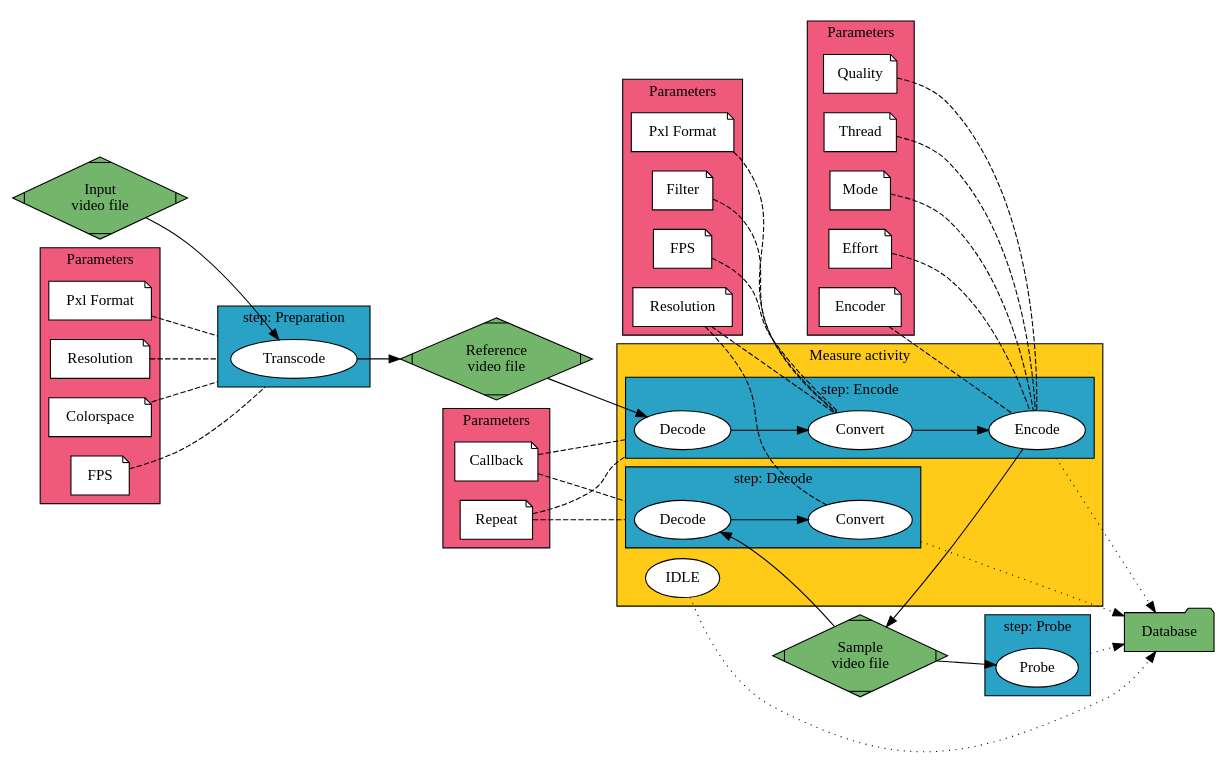
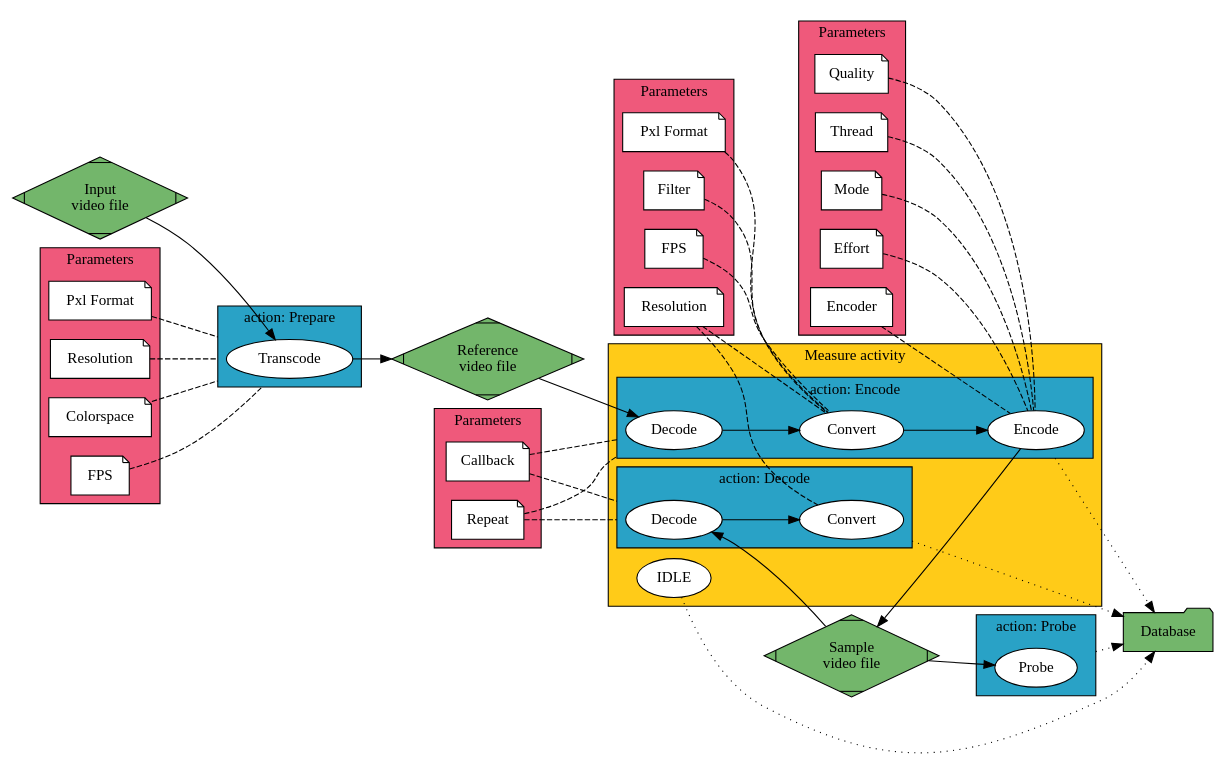
One commit to robinechuca/mendevi changed the diagram in docs/media/pipeline.dot. Above: the diagram before and after it, drawn with Graphviz. The commit also changed 7 other files, not shown here.

```diff
--- a/docs/media/pipeline.dot
+++ b/docs/media/pipeline.dot
@@ -1,117 +1,117 @@
 # dot -Tpdf pipeline.dot -o /tmp/pipeline.pdf && pdfcrop /tmp/pipeline.pdf pipeline.pdf
 # dot -Tsvg pipeline.dot > pipeline.svg
 digraph pipeline {
     rankdir=LR
     compound=true
 
     # data
     src [label="Input\nvideo file" shape=Mdiamond style=filled fillcolor="#73b66b"]
     ref [label="Reference\nvideo file" shape=Mdiamond style=filled fillcolor="#73b66b"]
     dst [label="Sample\nvideo file" shape=Mdiamond style=filled fillcolor="#73b66b"]
 
     # parameters
     p_colorspace [label="Colorspace" shape=note style=filled fillcolor=white]
     p_fps [label="FPS" shape=note style=filled fillcolor=white]
     p_pxl [label="Pxl Format" shape=note style=filled fillcolor=white]
     p_resol [label="Resolution" shape=note style=filled fillcolor=white]
 
     c_fps [label="FPS" shape=note style=filled fillcolor=white]
     c_pxl [label="Pxl Format" shape=note style=filled fillcolor=white]
     c_resol [label="Resolution" shape=note style=filled fillcolor=white]
     c_filter [label="Filter" shape=note style=filled fillcolor=white]
 
     effort [label="Effort" shape=note style=filled fillcolor=white]
     encoder [label="Encoder" shape=note style=filled fillcolor=white]
     quality [label="Quality" shape=note style=filled fillcolor=white]
     thread [label="Thread" shape=note style=filled fillcolor=white]
     mode_ [label="Mode" shape=note style=filled fillcolor=white]
 
     callback [label="Callback" shape=note style=filled fillcolor=white]
     repeat [label="Repeat" shape=note style=filled fillcolor=white]
 
     database [label="Database" shape=folder style=filled fillcolor="#73b66b"]
 
     # process
     prepare [label="Transcode" style=filled fillcolor=white]
     t_dec [label="Decode" style=filled fillcolor=white]
     t_convert [label="Convert" style=filled fillcolor=white]
     t_encode [label="Encode" style=filled fillcolor=white]
     decode [label="Decode" style=filled fillcolor=white]
     convert [label="Convert" style=filled fillcolor=white]
     probe [label="Probe" style=filled fillcolor=white]
     idle [label="IDLE" style=filled fillcolor=white]
 
     # blocs
     subgraph clus_prepare {
         cluster=true
-        label="step: Preparation"
+        label="action: Prepare"
         bgcolor="#29a2c6"
         prepare
     }
     subgraph clus_energy {
         cluster=true
         label="Measure activity"
         bgcolor="#ffcb18"
         subgraph clus_encode {
             cluster=true
-            label="step: Encode"
+            label="action: Encode"
             bgcolor="#29a2c6"
             t_dec t_convert t_encode
         }
         subgraph clus_decode {
             cluster=true
-            label="step: Decode"
+            label="action: Decode"
             bgcolor="#29a2c6"
             decode convert
         }
         idle
     }
     subgraph clus_probe {
         cluster=true
-        label="step: Probe"
+        label="action: Probe"
         bgcolor="#29a2c6"
         probe
     }
 
     # parameters blocs
     subgraph clus_param_prepare {
         cluster=true
         label="Parameters"
         bgcolor="#ef597b"
         p_colorspace p_fps p_pxl p_resol
     }
     subgraph clus_param_convert {
         cluster=true
         label="Parameters"
         bgcolor="#ef597b"
         c_fps c_pxl c_resol c_filter
     }
     subgraph clus_param_encode {
         cluster=true
         label="Parameters"
         bgcolor="#ef597b"
         effort encoder quality thread mode_
     }
     subgraph clus_param_callback {
         cluster=true
         label="Parameters"
         bgcolor="#ef597b"
         callback repeat
     }
 
     # pipeline
     src -> prepare -> ref -> t_dec -> t_convert -> t_encode -> dst -> {decode, probe}
     decode -> convert
     idle -> database [style=dotted]
     t_encode -> database [ltail=clus_encode style=dotted]
     convert -> database [ltail=clus_decode style=dotted]
     probe -> database [ltail=clus_probe style=dotted]
 
     # arguments
     {p_colorspace p_fps p_pxl p_resol} -> prepare [lhead=clus_prepare arrowhead=none style=dashed]
     {c_fps c_pxl c_resol c_filter} -> t_convert [arrowhead=none style=dashed]
     {effort encoder quality thread, mode_} -> t_encode [arrowhead=none style=dashed]
     {callback repeat} -> t_dec [lhead=clus_encode arrowhead=none style=dashed]
     {callback repeat} -> decode [lhead=clus_decode arrowhead=none style=dashed]
     {c_resol} -> convert [arrowhead=none style=dashed]
 }
```
